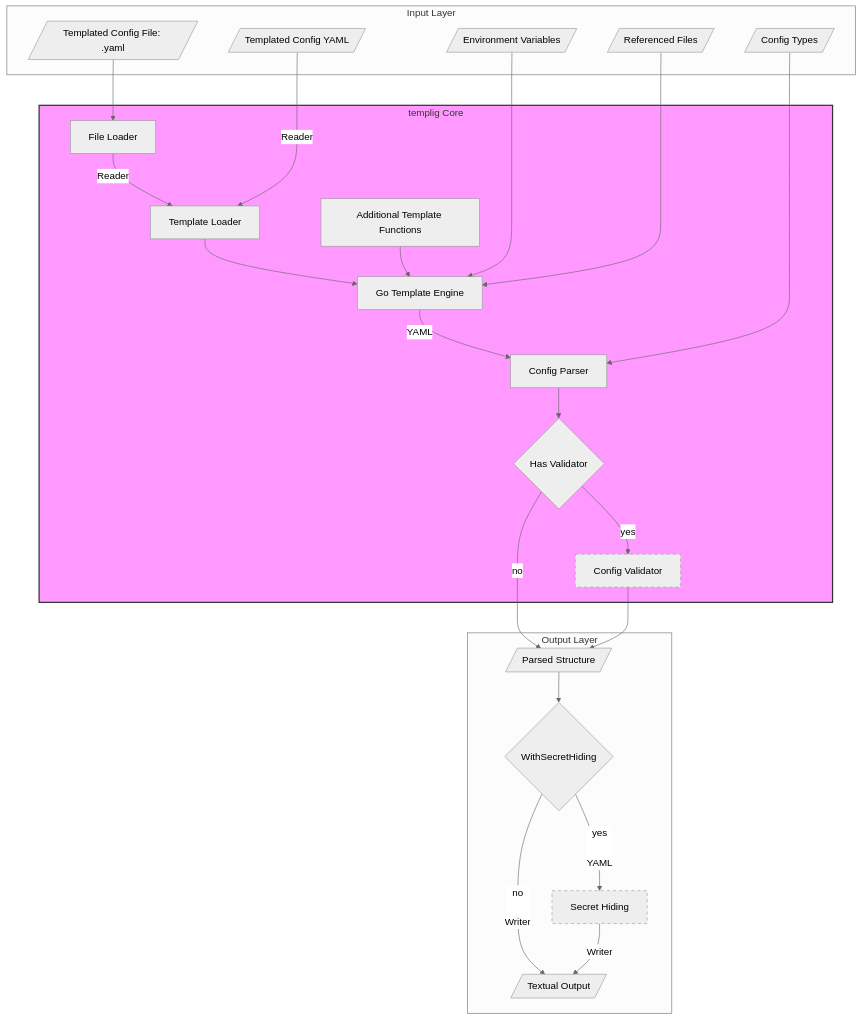
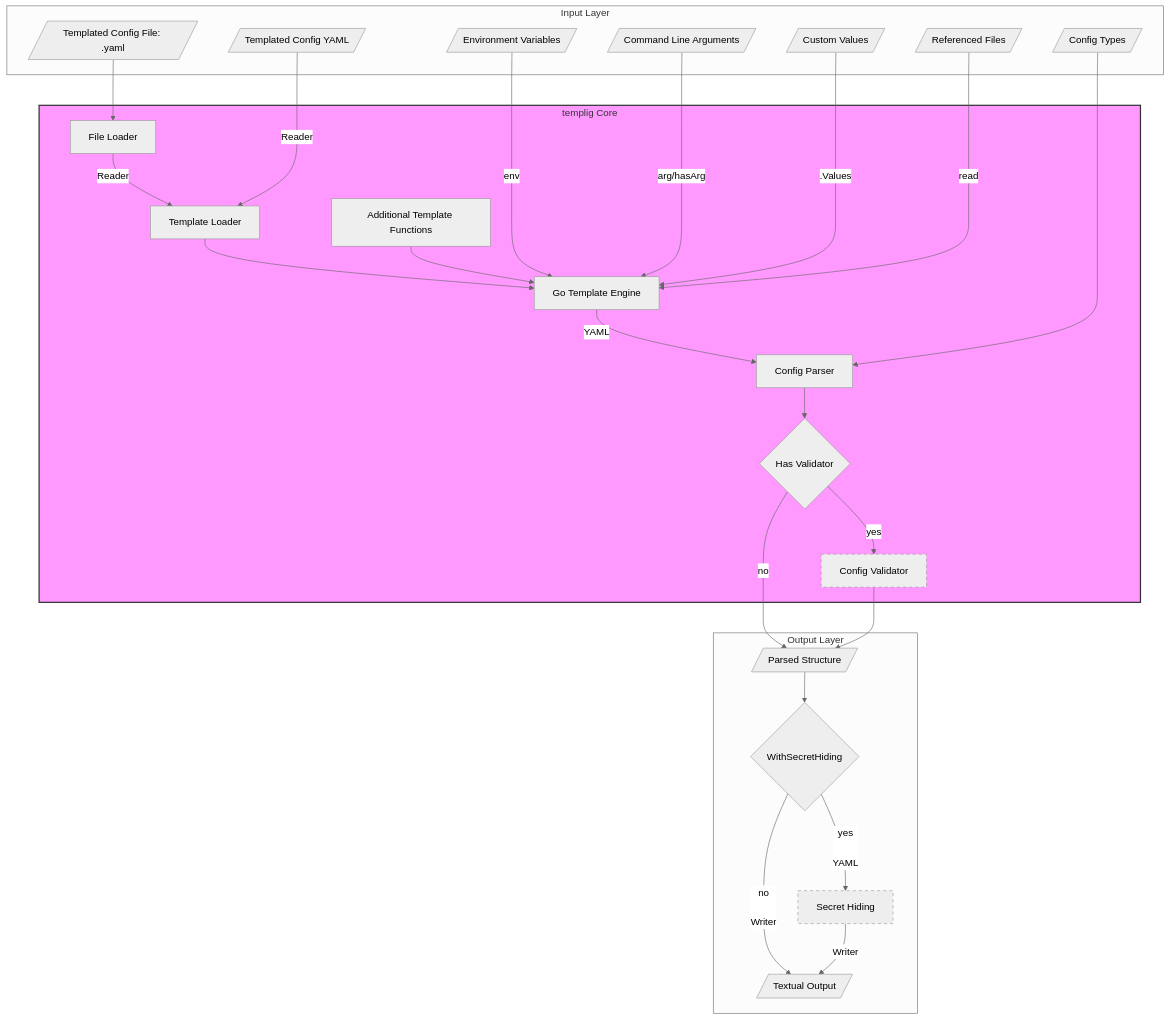
Before and after one commit to AlphaOne1/templig: the diagram in ARCHITECTURE.md, drawn with Mermaid (neutral theme). The commit also changed other lines of this file and 11 other files, not shown here.

````diff
--- a/ARCHITECTURE.md
+++ b/ARCHITECTURE.md
@@ -14,54 +14,58 @@
 ```mermaid
 graph TD
     subgraph Input_Layer [Input Layer]
         ConfigFile[/Templated Config File: .yaml/]
         ConfigTemplate[/Templated Config YAML/]
         EnvVars[/Environment Variables/]
+        CmdArgs[/Command Line Arguments/]
+        Values[/Custom Values/]
         RefFiles[/Referenced Files/]
         ConfigTypes[/Config Types/]
     end
         
     subgraph Core_Engine [templig Core]
         FileLoader[File Loader]
         TemplateLoader[Template Loader]
         FuncMap[Additional Template Functions]
         Renderer[Go Template Engine]
         Parser[Config Parser]
         HasValidator{Has Validator}
         Validator[Config Validator]
 
         FileLoader     -- "Reader" --> TemplateLoader
         Renderer       -- "YAML"   --> Parser
         TemplateLoader             --> Renderer
         FuncMap                    --> Renderer
         Parser                     --> HasValidator
         HasValidator   -- "yes"    --> Validator
     end
 
     subgraph Output_Layer [Output Layer]
         Config[/Parsed Structure/]
         WithSecretHiding{WithSecretHiding}
         SecretHiding[Secret Hiding]
         Stdout[/Textual Output/]
         
         Config                             --> WithSecretHiding
         WithSecretHiding -- "yes\n\nYAML"  --> SecretHiding
         WithSecretHiding -- "no\n\nWriter" --> Stdout
         SecretHiding     -- "Writer"       --> Stdout
     end
 
     %% Input --> Core
-    ConfigFile                 --> FileLoader
-    ConfigTemplate -- "Reader" --> TemplateLoader
-    EnvVars                    --> Renderer
-    RefFiles                   --> Renderer
-    ConfigTypes                --> Parser
+    ConfigFile                     --> FileLoader
+    ConfigTemplate -- "Reader"     --> TemplateLoader
+    EnvVars        -- "env"        --> Renderer
+    CmdArgs        -- "arg/hasArg" --> Renderer
+    Values         -- ".Values"    --> Renderer
+    RefFiles       -- "read"       --> Renderer
+    ConfigTypes                    --> Parser
    
     %% Core --> Output
     HasValidator   --"no" --> Config
     Validator             --> Config
 
     style Core_Engine  fill:#f9f,stroke:#333,stroke-width:2px
     style Validator    stroke-dasharray: 5 5
     style SecretHiding stroke-dasharray: 5 5
 ```
````
